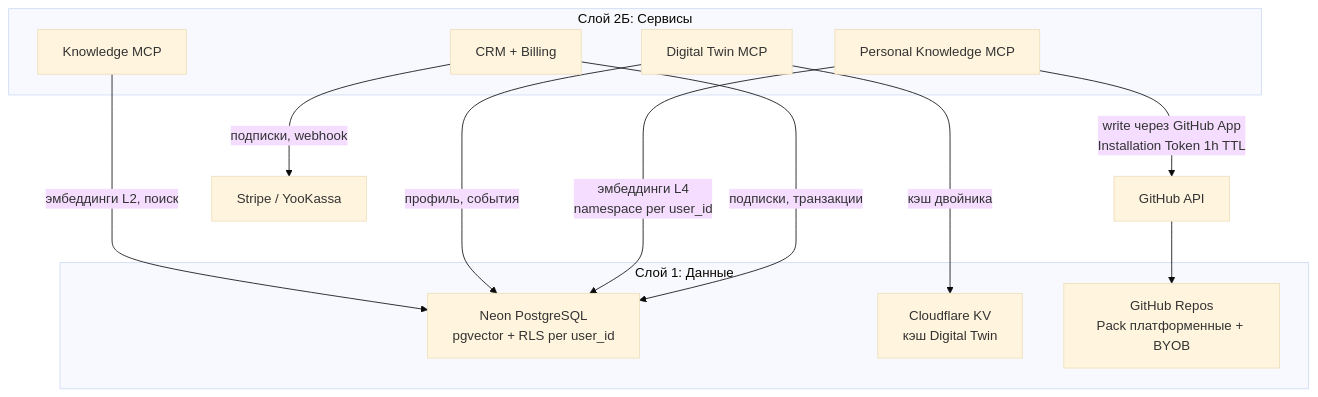
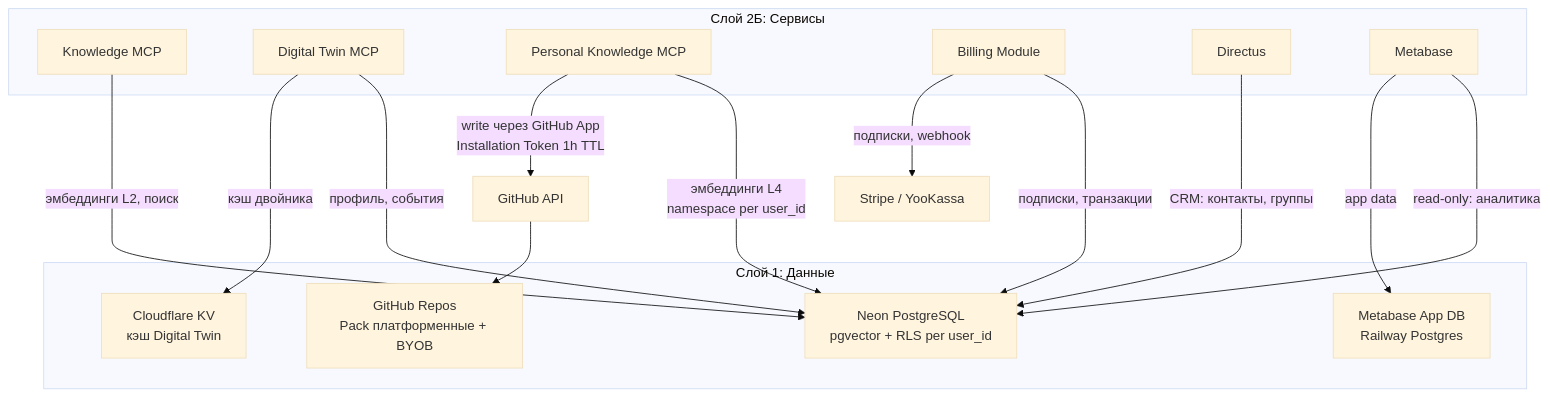
The fifth of 5 diagrams in C.IT-Platform/C2.IT-Platform/C2.2.Architecture/Stack-and-Infrastructure/c4-platform.md (TserenTserenov/DS-ecosystem-development), drawn with Mermaid (base theme) before and after one commit. The commit also changed other lines of this file, not shown here.

First line of the commit message:
fix: WP-158 верификация — +Directus/Metabase, FSM/LLM Proxy planned, Backend Registry, S-6

````diff
--- a/C.IT-Platform/C2.IT-Platform/C2.2.Architecture/Stack-and-Infrastructure/c4-platform.md
+++ b/C.IT-Platform/C2.IT-Platform/C2.2.Architecture/Stack-and-Infrastructure/c4-platform.md
@@ -220,29 +240,35 @@
 ```mermaid
 flowchart TB
     subgraph services ["Слой 2Б: Сервисы"]
         knowledge["Knowledge MCP"]
         dt["Digital Twin MCP"]
         personal["Personal Knowledge MCP"]
-        crm["CRM + Billing"]
+        billing["Billing Module"]
+        directus["Directus"]
+        metabase["Metabase"]
     end
 
     subgraph data ["Слой 1: Данные"]
         neon["Neon PostgreSQL\npgvector + RLS per user_id"]
         kv["Cloudflare KV\nкэш Digital Twin"]
         repos["GitHub Repos\nPack платформенные + BYOB"]
+        metabase_db["Metabase App DB\nRailway Postgres"]
     end
 
     github_api["GitHub API"]
     payments["Stripe / YooKassa"]
 
     knowledge -- "эмбеддинги L2, поиск" --> neon
     dt -- "профиль, события" --> neon
     dt -- "кэш двойника" --> kv
     personal -- "эмбеддинги L4\nnamespace per user_id" --> neon
-    crm -- "подписки, транзакции" --> neon
+    billing -- "подписки, транзакции" --> neon
+    directus -- "CRM: контакты, группы" --> neon
+    metabase -- "read-only: аналитика" --> neon
+    metabase -- "app data" --> metabase_db
 
     personal -- "write через GitHub App\nInstallation Token 1h TTL" --> github_api
     github_api --> repos
 
-    crm -- "подписки, webhook" --> payments
+    billing -- "подписки, webhook" --> payments
 ```
````
